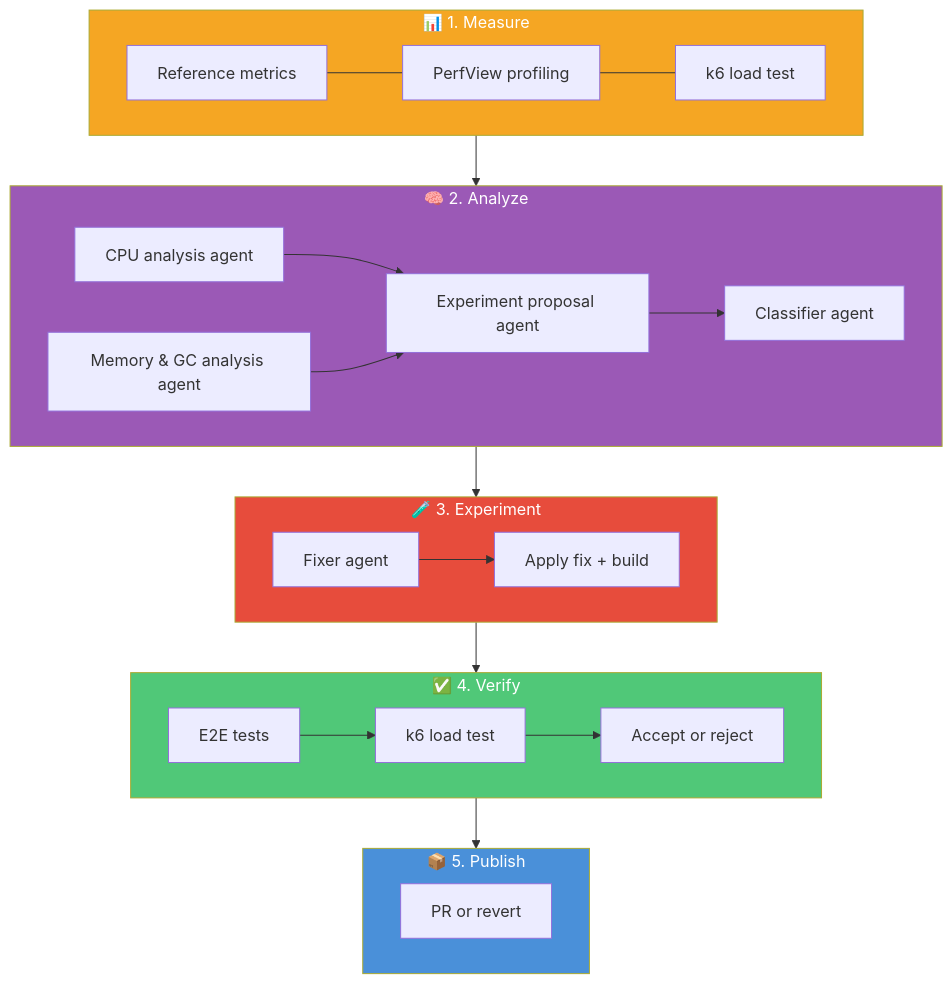
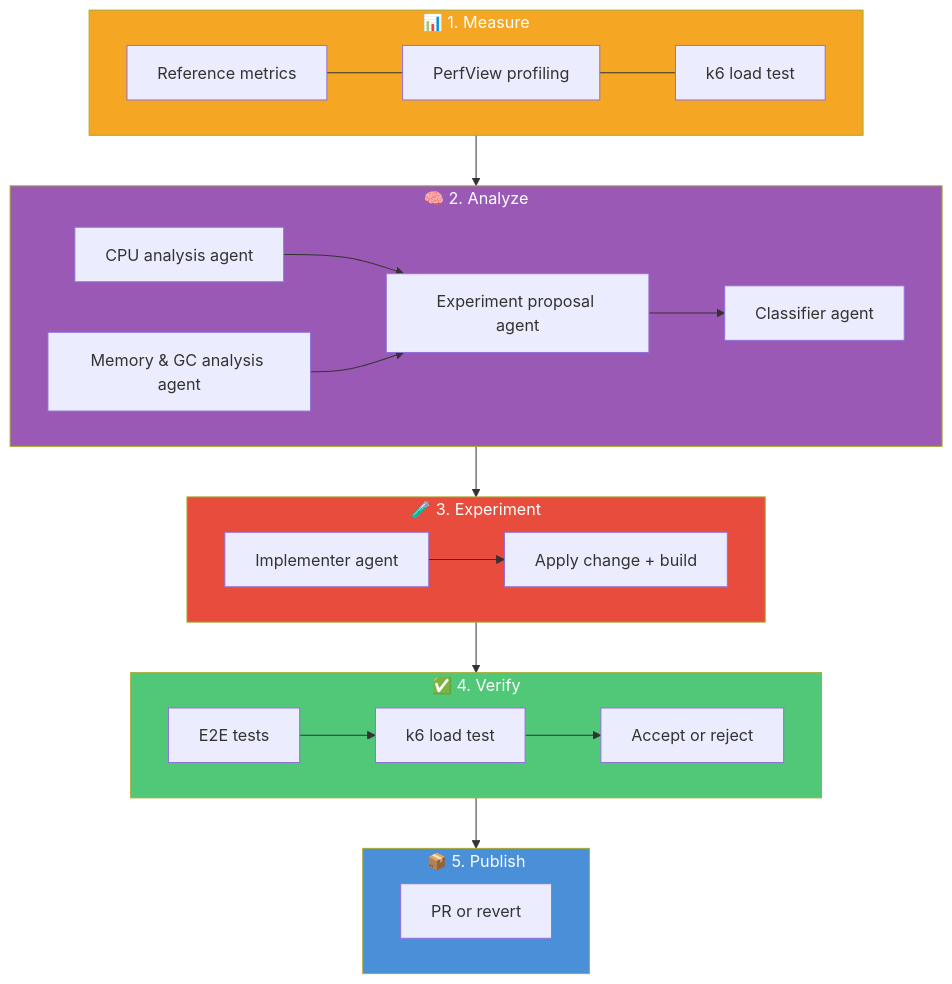
The first of 2 diagrams in docs/architecture.md (J-Bax/Hone), drawn with Mermaid before and after one commit. The commit also changed other lines of this file and 187 other files, not shown here.

````diff
--- a/docs/architecture.md
+++ b/docs/architecture.md
@@ -48,44 +87,44 @@
 ```mermaid
 flowchart TD
     subgraph MEASURE["📊 1. Measure"]
         M1["Reference metrics"]
         M2["PerfView profiling"]
         M3["k6 load test"]
         M1 --- M2 --- M3
     end
 
     subgraph ANALYZE["🧠 2. Analyze"]
         A1["CPU analysis agent"]
         A2["Memory & GC analysis agent"]
         A3["Experiment proposal agent"]
         A4["Classifier agent"]
         A1 --> A3
         A2 --> A3
         A3 --> A4
     end
 
     subgraph EXPERIMENT["🧪 3. Experiment"]
-        E1["Fixer agent"]
-        E2["Apply fix + build"]
+        E1["Implementer agent"]
+        E2["Apply change + build"]
         E1 --> E2
     end
 
     subgraph VERIFY["✅ 4. Verify"]
         V1["E2E tests"]
         V2["k6 load test"]
         V3["Accept or reject"]
         V1 --> V2 --> V3
     end
 
     subgraph PUBLISH["📦 5. Publish"]
         P1["PR or revert"]
     end
 
     MEASURE --> ANALYZE --> EXPERIMENT --> VERIFY --> PUBLISH
 
     style MEASURE fill:#f5a623,color:#fff
     style ANALYZE fill:#9b59b6,color:#fff
     style EXPERIMENT fill:#e74c3c,color:#fff
     style VERIFY fill:#50c878,color:#fff
     style PUBLISH fill:#4a90d9,color:#fff
 ```
````
